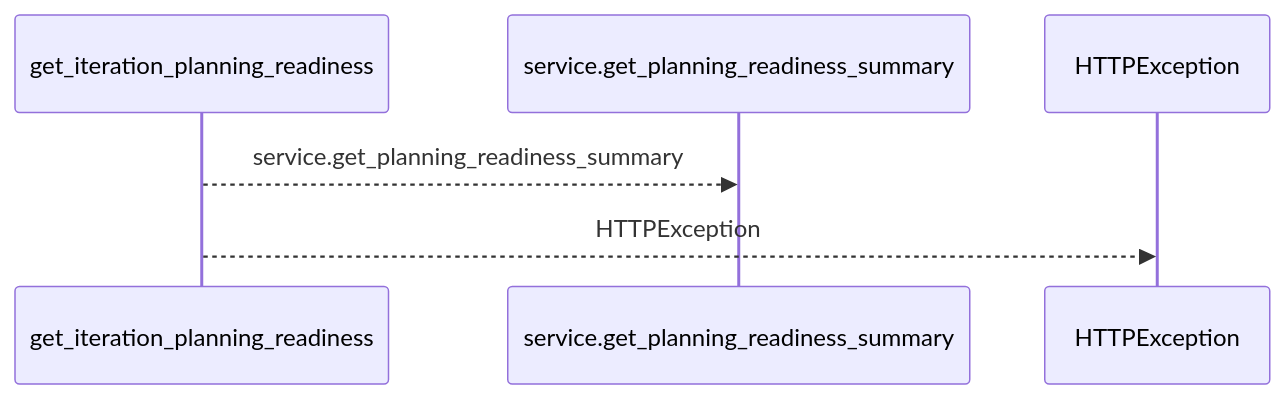
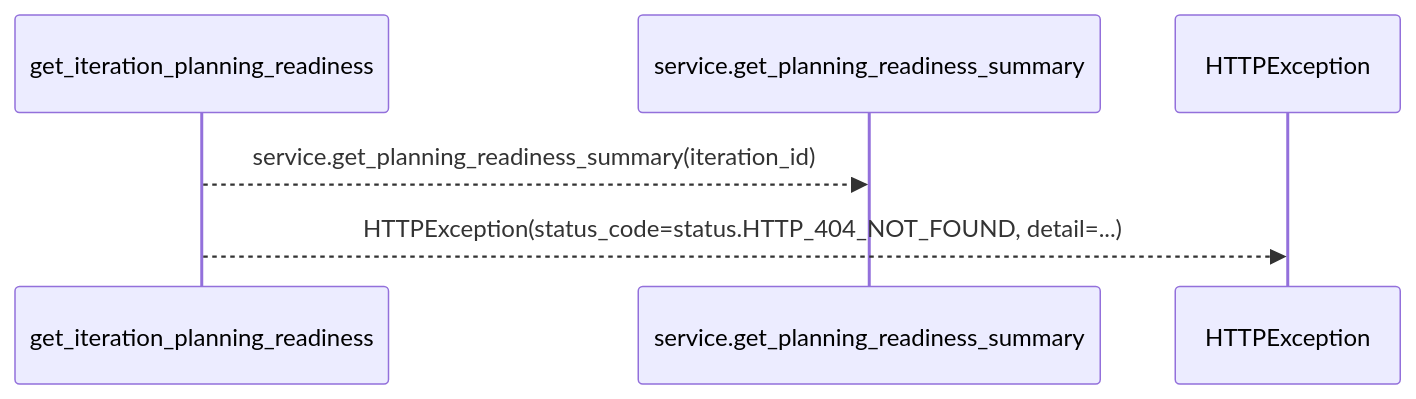
Before and after one commit to Denissvgn/WorkChord: the first of 2 diagrams in docs/llm_wiki/flows/http-get_iteration_planning_readiness.md, drawn with Mermaid. The commit also changed other lines of this file and 25171 other files, not shown here.

````diff
--- a/docs/llm_wiki/flows/http-get_iteration_planning_readiness.md
+++ b/docs/llm_wiki/flows/http-get_iteration_planning_readiness.md
@@ -10,8 +12,8 @@
 ```mermaid
 sequenceDiagram
     participant p0 as get_iteration_planning_readiness
     participant p1 as service.get_planning_readiness_summary
     participant p2 as HTTPException
-    p0-->>p1: service.get_planning_readiness_summary
-    p0-->>p2: HTTPException
+    p0-->>p1: service.get_planning_readiness_summary(iteration_id)
+    p0-->>p2: HTTPException(status_code=status.HTTP_404_NOT_FOUND, detail=...)
 ```
````
